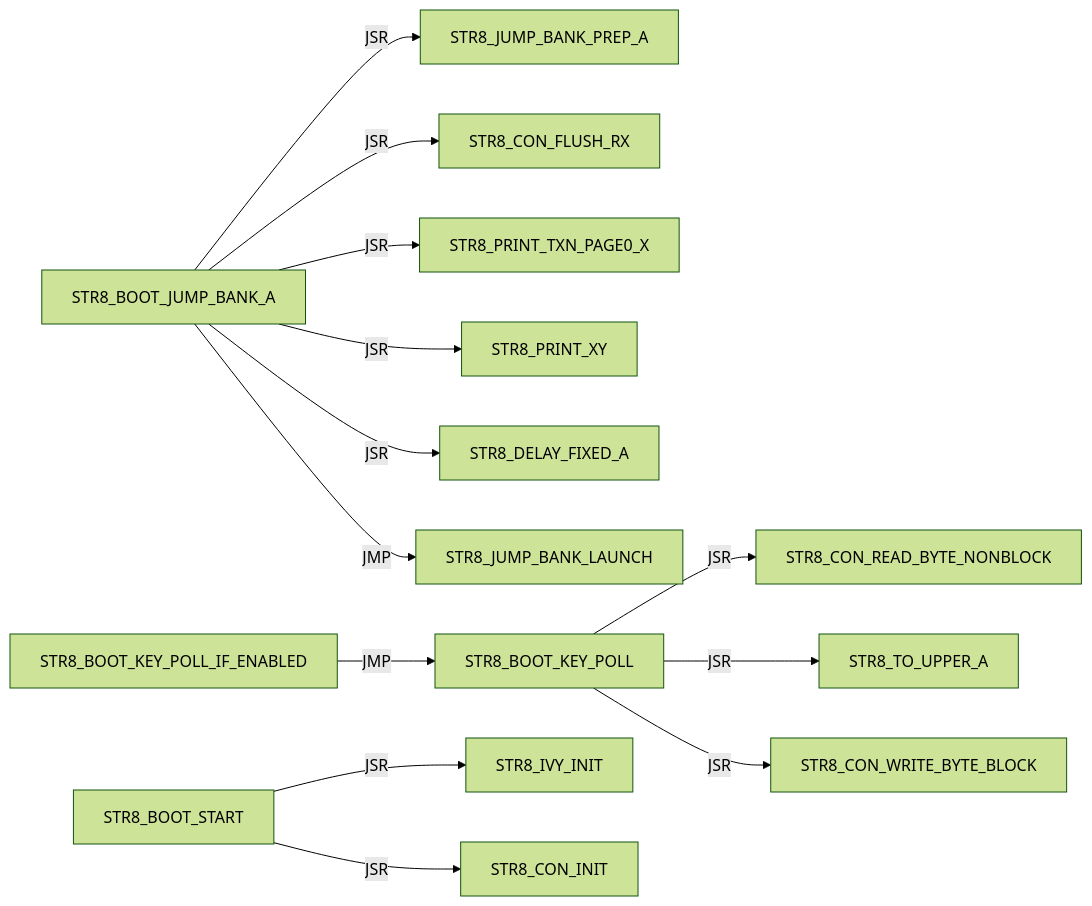
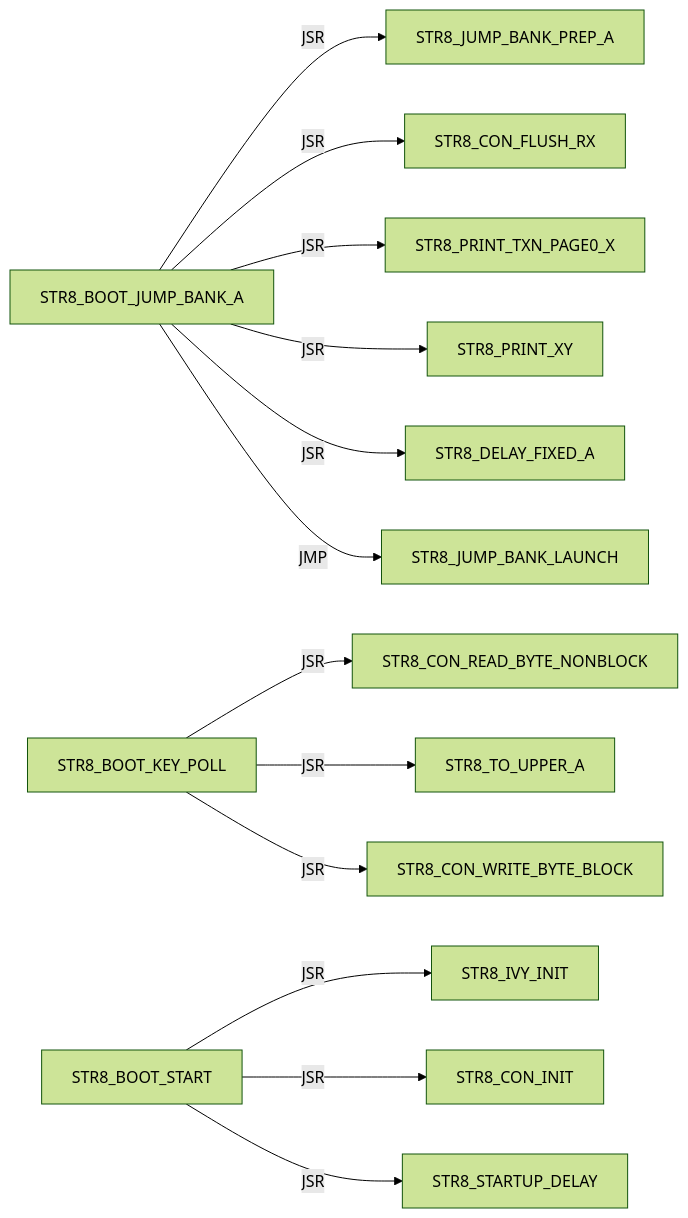
One commit to 95westus/R-YORS changed the sixth of 41 diagrams in DOC/GUIDES/STR8/STR8_EDGE_DUMP.md. Above: the diagram before and after it, drawn with Mermaid (forest theme). The commit also changed other lines of this file and 17 other files, not shown here.

````diff
--- a/DOC/GUIDES/STR8/STR8_EDGE_DUMP.md
+++ b/DOC/GUIDES/STR8/STR8_EDGE_DUMP.md
@@ -95,15 +95,15 @@
 ```mermaid
 flowchart LR
     N0["STR8_BOOT_JUMP_BANK_A"] -->|JSR| N1["STR8_JUMP_BANK_PREP_A"]
     N0["STR8_BOOT_JUMP_BANK_A"] -->|JSR| N2["STR8_CON_FLUSH_RX"]
     N0["STR8_BOOT_JUMP_BANK_A"] -->|JSR| N3["STR8_PRINT_TXN_PAGE0_X"]
     N0["STR8_BOOT_JUMP_BANK_A"] -->|JSR| N4["STR8_PRINT_XY"]
     N0["STR8_BOOT_JUMP_BANK_A"] -->|JSR| N5["STR8_DELAY_FIXED_A"]
     N0["STR8_BOOT_JUMP_BANK_A"] -->|JMP| N6["STR8_JUMP_BANK_LAUNCH"]
     N7["STR8_BOOT_KEY_POLL"] -->|JSR| N8["STR8_CON_READ_BYTE_NONBLOCK"]
     N7["STR8_BOOT_KEY_POLL"] -->|JSR| N9["STR8_TO_UPPER_A"]
     N7["STR8_BOOT_KEY_POLL"] -->|JSR| N10["STR8_CON_WRITE_BYTE_BLOCK"]
-    N11["STR8_BOOT_KEY_POLL_IF_ENABLED"] -->|JMP| N7["STR8_BOOT_KEY_POLL"]
-    N12["STR8_BOOT_START"] -->|JSR| N13["STR8_IVY_INIT"]
-    N12["STR8_BOOT_START"] -->|JSR| N14["STR8_CON_INIT"]
+    N11["STR8_BOOT_START"] -->|JSR| N12["STR8_IVY_INIT"]
+    N11["STR8_BOOT_START"] -->|JSR| N13["STR8_CON_INIT"]
+    N11["STR8_BOOT_START"] -->|JSR| N14["STR8_STARTUP_DELAY"]
 ```
````
